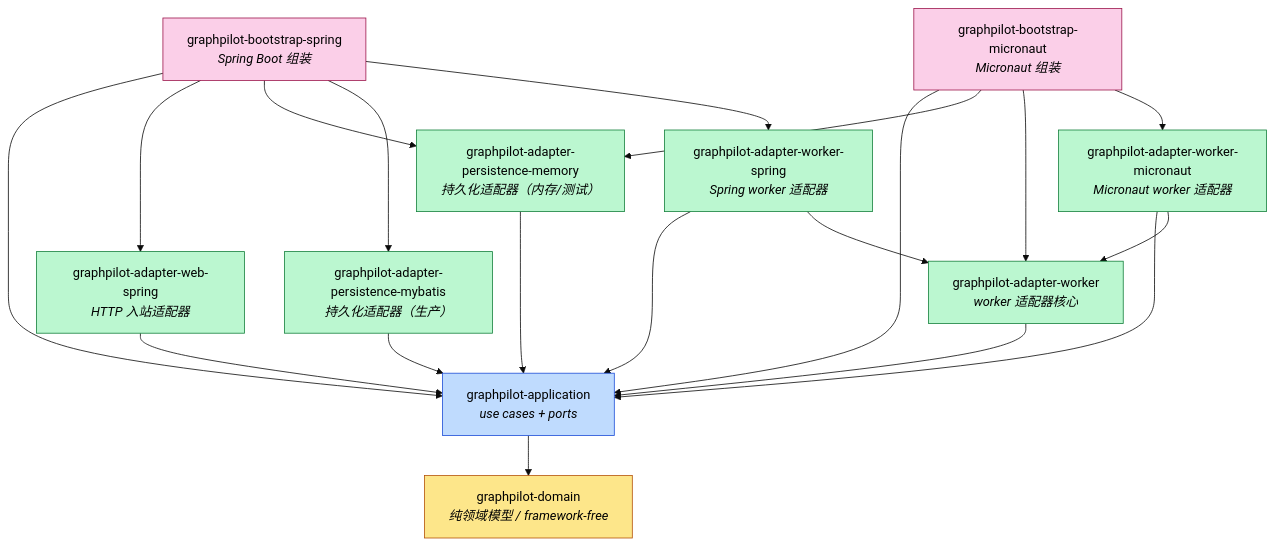
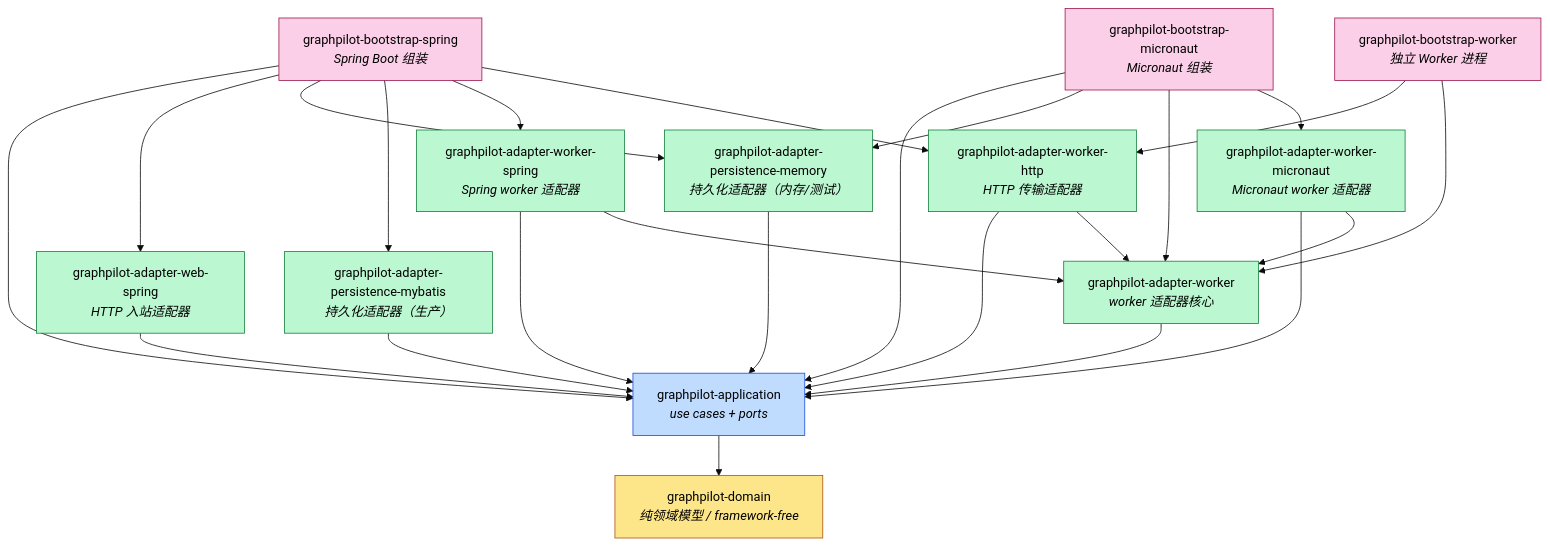
Before and after one commit to jack20170608/GraphPilot: the diagram in docs/architecture/module-dependencies.md, drawn with Mermaid (base theme). The commit also changed other lines of this file, not shown here.

First line of the commit message:
docs(architecture): update module dependencies with new worker modules

````diff
--- a/docs/architecture/module-dependencies.md
+++ b/docs/architecture/module-dependencies.md
@@ -13,58 +13,68 @@
 ```mermaid
 graph TD
     %% 领域层（最内层）
     DOMAIN["graphpilot-domain<br/><i>纯领域模型 / framework-free</i>"]
 
     %% 应用层
     APP["graphpilot-application<br/><i>use cases + ports</i>"]
 
     %% Adapter 层
     WEB["graphpilot-adapter-web-spring<br/><i>HTTP 入站适配器</i>"]
     MYBATIS["graphpilot-adapter-persistence-mybatis<br/><i>持久化适配器（生产）</i>"]
     MEMORY["graphpilot-adapter-persistence-memory<br/><i>持久化适配器（内存/测试）</i>"]
     WORKER["graphpilot-adapter-worker<br/><i>worker 适配器核心</i>"]
     WORKER_SPRING["graphpilot-adapter-worker-spring<br/><i>Spring worker 适配器</i>"]
     WORKER_MICRONAUT["graphpilot-adapter-worker-micronaut<br/><i>Micronaut worker 适配器</i>"]
+    WORKER_HTTP["graphpilot-adapter-worker-http<br/><i>HTTP 传输适配器</i>"]
 
     %% Bootstrap 层（最外层）
     BS_SPRING["graphpilot-bootstrap-spring<br/><i>Spring Boot 组装</i>"]
     BS_MICRONAUT["graphpilot-bootstrap-micronaut<br/><i>Micronaut 组装</i>"]
+    BS_WORKER["graphpilot-bootstrap-worker<br/><i>独立 Worker 进程</i>"]
 
     %% Application -> Domain
     APP --> DOMAIN
 
     %% Adapters -> Application
     WEB --> APP
     MYBATIS --> APP
     MEMORY --> APP
     WORKER --> APP
     WORKER_SPRING --> APP
     WORKER_MICRONAUT --> APP
+    WORKER_HTTP --> APP
 
     %% Worker 框架适配 -> Worker 核心
     WORKER_SPRING --> WORKER
     WORKER_MICRONAUT --> WORKER
+
+    %% Worker HTTP -> Worker 核心
+    WORKER_HTTP --> WORKER
 
     %% Bootstrap -> Adapters / Application
     BS_SPRING --> APP
     BS_SPRING --> WEB
     BS_SPRING --> MEMORY
     BS_SPRING --> MYBATIS
     BS_SPRING --> WORKER_SPRING
+    BS_SPRING --> WORKER_HTTP
 
     BS_MICRONAUT --> APP
     BS_MICRONAUT --> MEMORY
     BS_MICRONAUT --> WORKER
     BS_MICRONAUT --> WORKER_MICRONAUT
+
+    BS_WORKER --> WORKER_HTTP
+    BS_WORKER --> WORKER
 
     %% 分层样式
     classDef domain fill:#fde68a,stroke:#b45309,color:#000
     classDef app fill:#bfdbfe,stroke:#1d4ed8,color:#000
     classDef adapter fill:#bbf7d0,stroke:#15803d,color:#000
     classDef bootstrap fill:#fbcfe8,stroke:#9d174d,color:#000
 
     class DOMAIN domain
     class APP app
-    class WEB,MYBATIS,MEMORY,WORKER,WORKER_SPRING,WORKER_MICRONAUT adapter
-    class BS_SPRING,BS_MICRONAUT bootstrap
+    class WEB,MYBATIS,MEMORY,WORKER,WORKER_SPRING,WORKER_MICRONAUT,WORKER_HTTP adapter
+    class BS_SPRING,BS_MICRONAUT,BS_WORKER bootstrap
 ```
````
